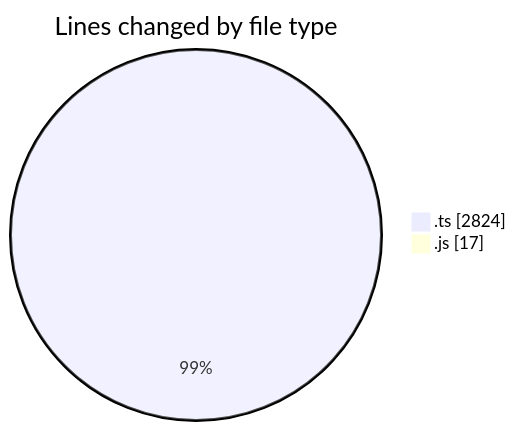
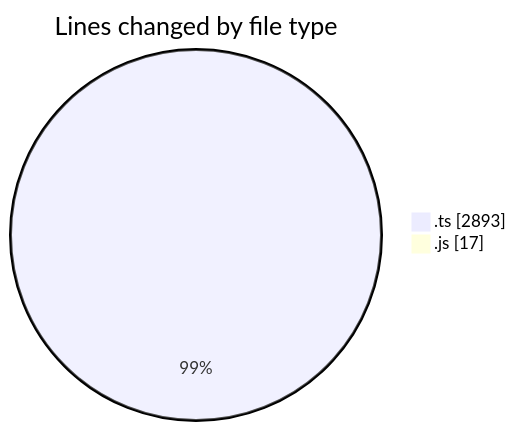
Before and after one commit to tmsrecording-cyber/code-tracking: the first of 2 diagrams in 2026-02-07/singularitybrainai/README.md, drawn with Mermaid. The commit also changed other lines of this file and 1 other file, not shown here.

````diff
--- a/2026-02-07/singularitybrainai/README.md
+++ b/2026-02-07/singularitybrainai/README.md
@@ -28,6 +29,6 @@
 ```mermaid
 pie showData
 title Lines changed by file type
-".ts" : 2824
+".ts" : 2893
 ".js" : 17
 ```
````
